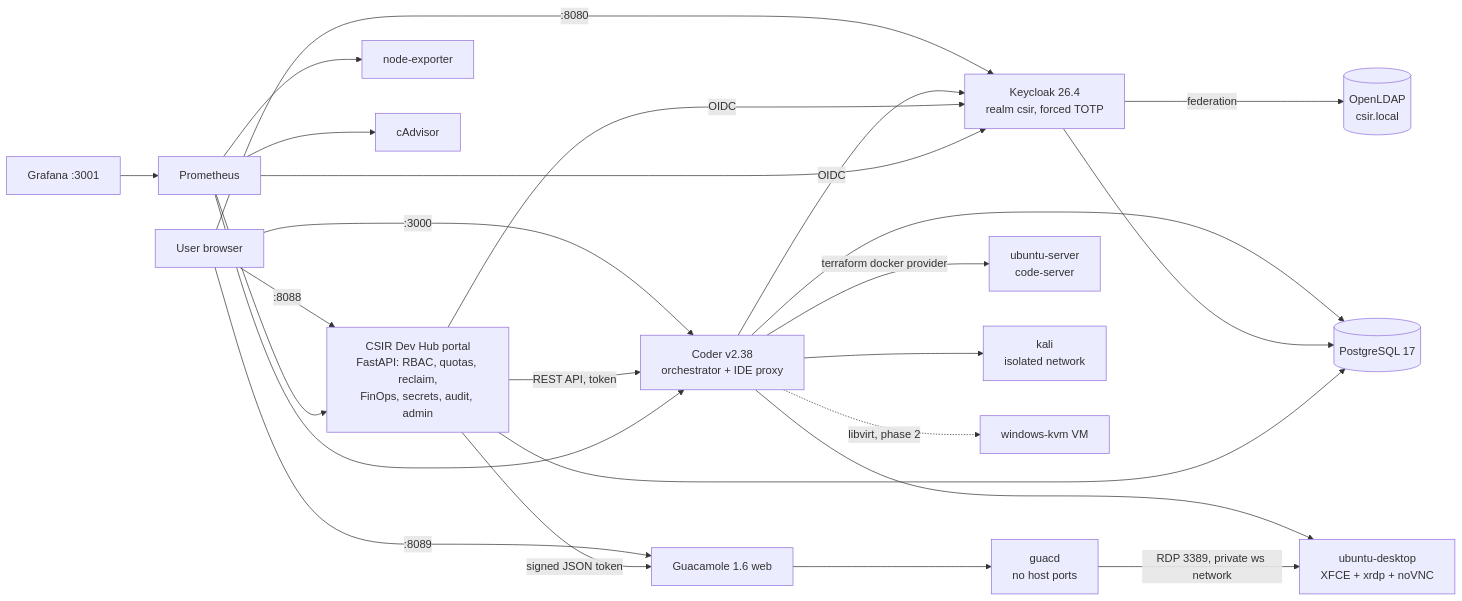
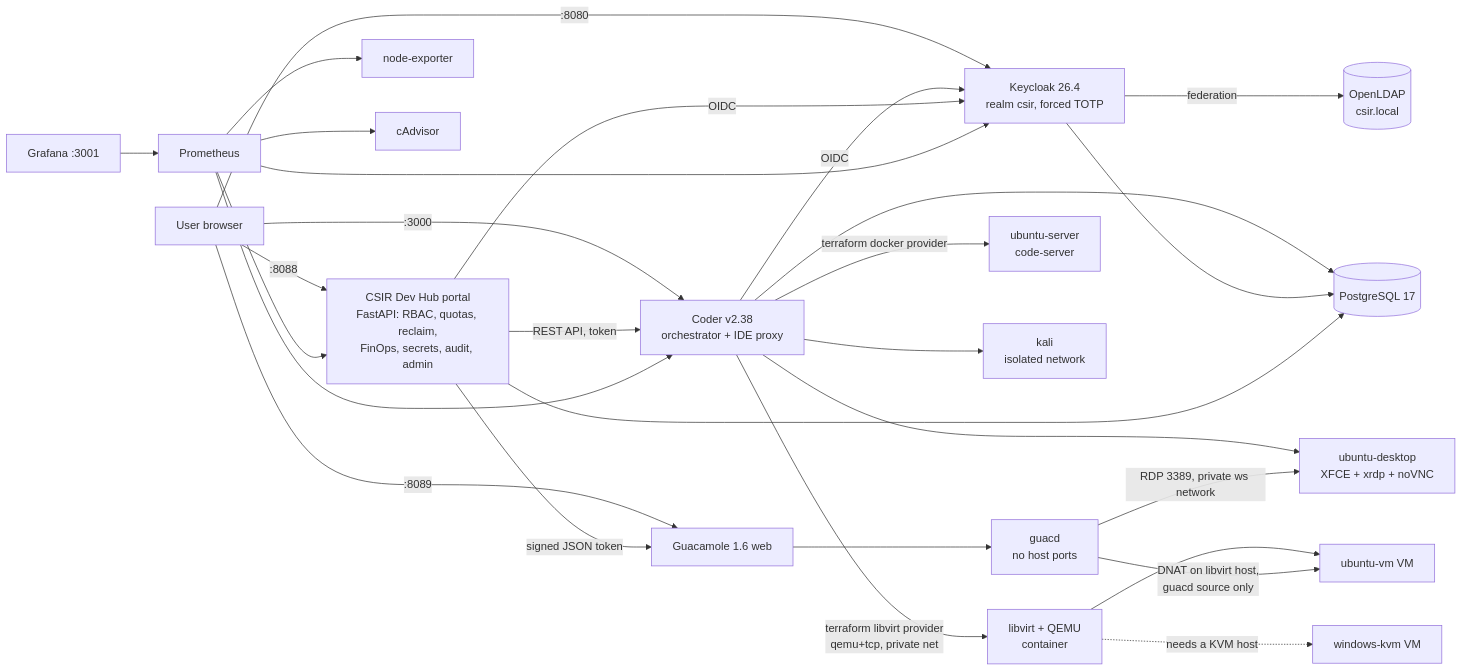
Before and after one commit to uNdabezinhle/csir-dev-hub: the diagram in README.md, drawn with Mermaid. The commit also changed other lines of this file and 6 other files, not shown here.

````diff
--- a/README.md
+++ b/README.md
@@ -15,21 +15,24 @@
 ```mermaid
 flowchart LR
   U[User browser] -->|:8088| P[CSIR Dev Hub portal<br/>FastAPI: RBAC, quotas, reclaim,<br/>FinOps, secrets, audit, admin]
   U -->|:3000| C[Coder v2.38<br/>orchestrator + IDE proxy]
   U -->|:8089| G[Guacamole 1.6 web]
   U -->|:8080| K[Keycloak 26.4<br/>realm csir, forced TOTP]
   K -->|federation| L[(OpenLDAP<br/>csir.local)]
   C -->|OIDC| K
   P -->|OIDC| K
   P -->|REST API, token| C
   P -->|signed JSON token| G
   G --> D[guacd<br/>no host ports]
   C -->|terraform docker provider| W1[ubuntu-server<br/>code-server]
   C --> W2[ubuntu-desktop<br/>XFCE + xrdp + noVNC]
   C --> W3[kali<br/>isolated network]
-  C -.->|libvirt, phase 2| W4[windows-kvm VM]
+  C -->|terraform libvirt provider<br/>qemu+tcp, private net| LV[libvirt + QEMU<br/>container]
+  LV --> W5[ubuntu-vm VM]
+  LV -.->|needs a KVM host| W4[windows-kvm VM]
   D -->|RDP 3389, private ws network| W2
+  D -->|DNAT on libvirt host,<br/>guacd source only| W5
   C & K & P --> PG[(PostgreSQL 17)]
   PR[Prometheus] --> C & K & P & NE[node-exporter] & CA[cAdvisor]
   GR[Grafana :3001] --> PR
 ```
````
